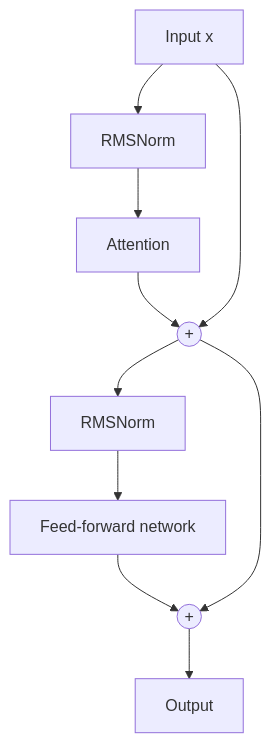
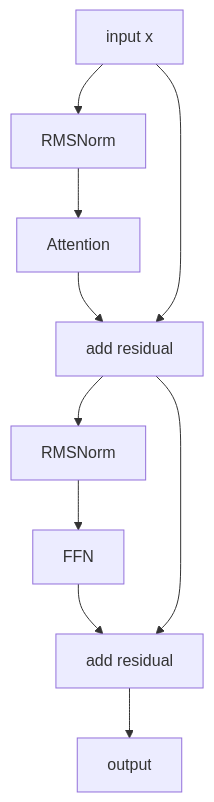
The second of 2 diagrams in notes/step-02-deep-learning-and-neural-networks/039-rmsnorm-root-mean-square-layer-normalization.md (kaisarnajar/outcome-school-blogs), drawn with Mermaid before and after one commit. The commit also changed other lines of this file and 233 other files, not shown here.

````diff
--- a/notes/step-02-deep-learning-and-neural-networks/039-rmsnorm-root-mean-square-layer-normalization.md
+++ b/notes/step-02-deep-learning-and-neural-networks/039-rmsnorm-root-mean-square-layer-normalization.md
@@ -55,12 +77,8 @@
 ```mermaid
 flowchart TD
-    X["Input x"] --> N1["RMSNorm"]
-    N1 --> A["Attention"]
-    A --> P1(("+"))
+    X["input x"] --> N1["RMSNorm"] --> AT["Attention"] --> P1["add residual"]
     X --> P1
-    P1 --> N2["RMSNorm"]
-    N2 --> F["Feed-forward network"]
-    F --> P2(("+"))
+    P1 --> N2["RMSNorm"] --> FF["FFN"] --> P2["add residual"]
     P1 --> P2
-    P2 --> O["Output"]
+    P2 --> OUT["output"]
 ```
````
